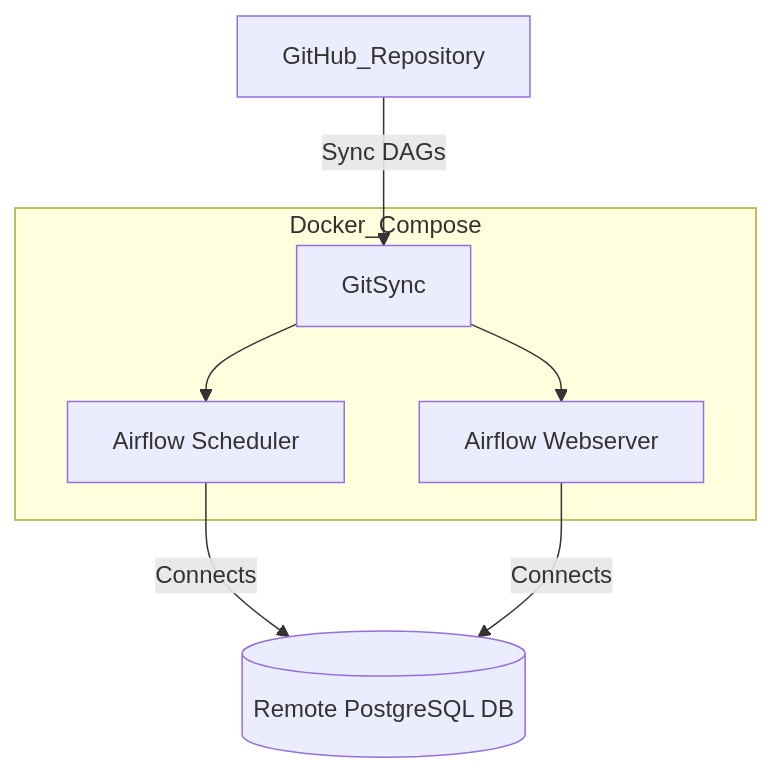
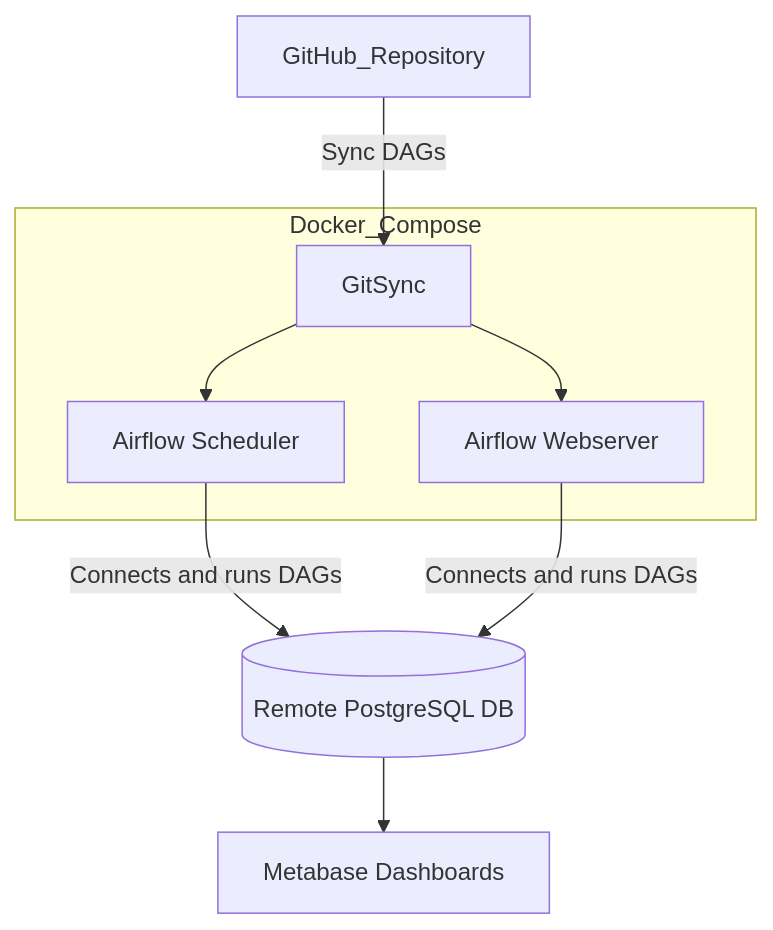
One commit to datavia/etl-airflow-dbt-metabase changed the first of 2 diagrams in README.md. Above: the diagram before and after it, drawn with Mermaid.

````diff
--- a/README.md
+++ b/README.md
@@ -78,15 +78,17 @@
 ```mermaid
 graph TD
     GitHub[GitHub_Repository] -->|Sync DAGs| GitSync
     GitSync --> Webserver
     GitSync --> Scheduler
 
-    Scheduler -->|Connects| PostgreSQL[(Remote PostgreSQL DB)]
-    Webserver -->|Connects| PostgreSQL
+    Scheduler -->|Connects and runs DAGs| PostgreSQL[(Remote PostgreSQL DB)]
+    Webserver -->|Connects and runs DAGs| PostgreSQL
+
+    PostgreSQL --> Metabase[Metabase Dashboards]
 
     subgraph Docker_Compose
         Webserver[Airflow Webserver]
         Scheduler[Airflow Scheduler]
         GitSync[GitSync]
     end
 ```
````
